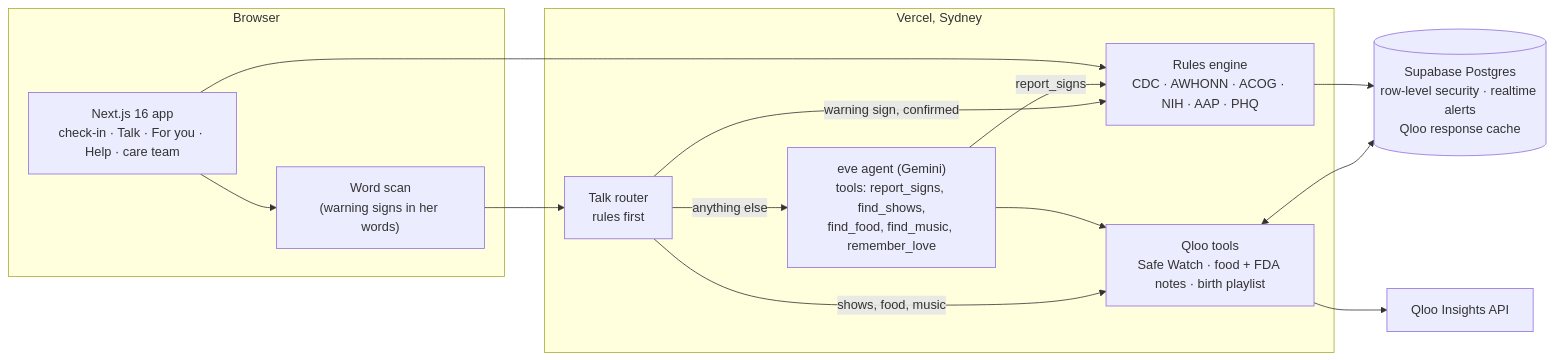
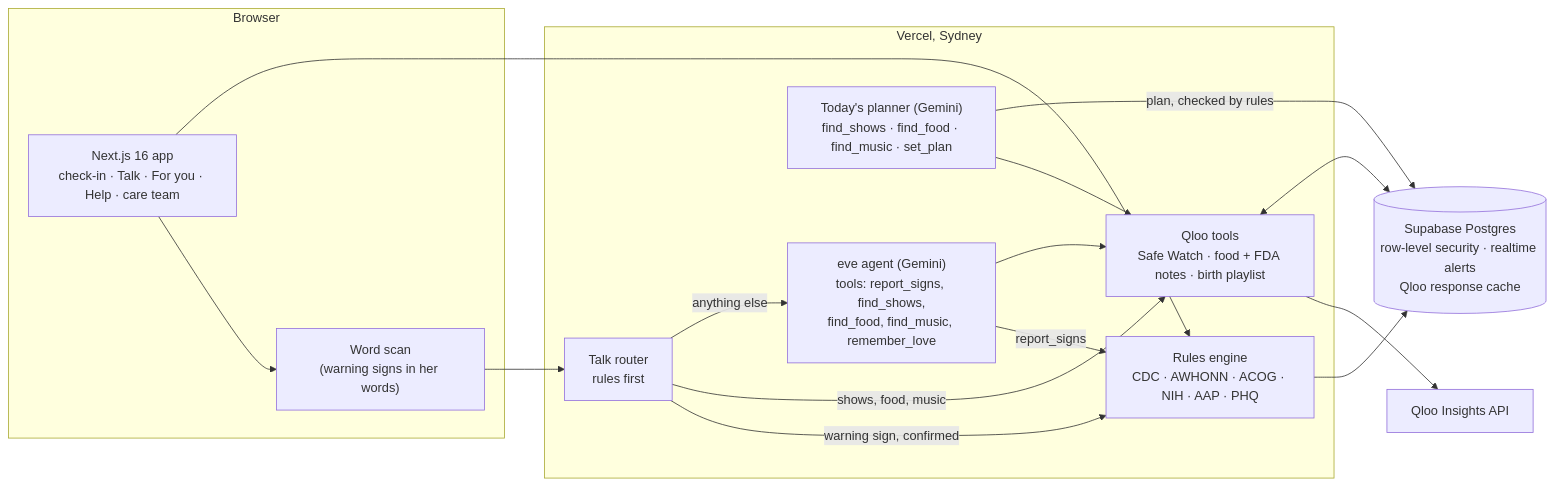
The diagram in README.md (vickysharma-prog/momwell), drawn with Mermaid before and after one commit. The commit also changed other lines of this file, not shown here.

Commit message:
README: today's plan, what her family sees, where things live, and today's test counts

````diff
--- a/README.md
+++ b/README.md
@@ -59,26 +64,29 @@
 ```mermaid
 flowchart LR
   subgraph Browser
     UI["Next.js 16 app<br/>check-in · Talk · For you · Help · care team"]
     Scan["Word scan<br/>(warning signs in her words)"]
   end
   subgraph Server["Vercel, Sydney"]
     Rules["Rules engine<br/>CDC · AWHONN · ACOG · NIH · AAP · PHQ"]
     Router["Talk router<br/>rules first"]
     Agent["eve agent (Gemini)<br/>tools: report_signs, find_shows,<br/>find_food, find_music, remember_love"]
     Tools["Qloo tools<br/>Safe Watch · food + FDA notes · birth playlist"]
+    Planner["Today's planner (Gemini)<br/>find_shows · find_food · find_music · set_plan"]
   end
   DB[("Supabase Postgres<br/>row-level security · realtime alerts<br/>Qloo response cache")]
   Qloo["Qloo Insights API"]
 
   UI --> Scan --> Router
   Router -- "warning sign, confirmed" --> Rules
   Router -- "shows, food, music" --> Tools
   Router -- "anything else" --> Agent
   Agent -- "report_signs" --> Rules
   Agent --> Tools
+  Planner --> Tools
+  Planner -- "plan, checked by rules" --> DB
   Tools --> Qloo
   Tools <--> DB
   Rules --> DB
   UI --> Rules
 ```
````
